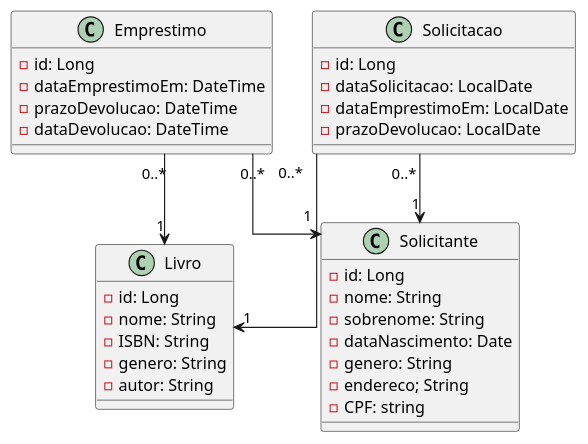
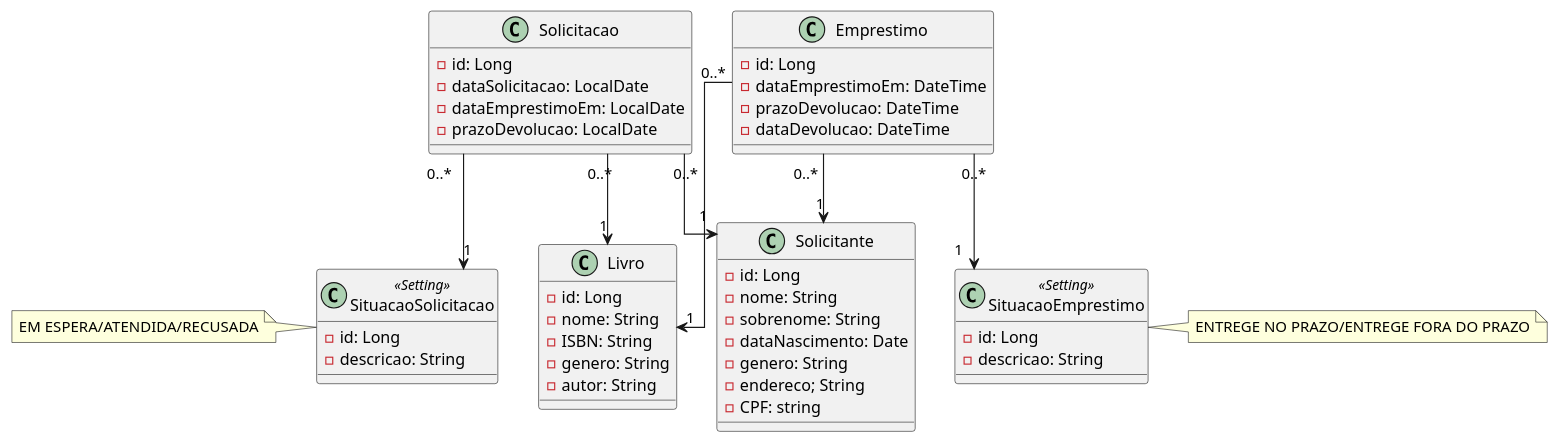
One commit to jeoliveira045/sistema-bibly-java changed the diagram in src/main/resources/domain.plantuml. Above: the diagram before and after it, drawn with PlantUML. The commit also changed 12 other files, not shown here.

```diff
--- a/src/main/resources/domain.plantuml
+++ b/src/main/resources/domain.plantuml
@@ -1,42 +1,75 @@
 @startuml
 
 skinparam linetype ortho
 top to bottom direction
 
     class Livro{
         - id: Long
         - nome: String
         - ISBN: String
         - genero: String
         - autor: String
     }
 
     class Emprestimo{
         - id: Long
         - dataEmprestimoEm: DateTime
         - prazoDevolucao: DateTime
         - dataDevolucao: DateTime
     }
 
     class Solicitante{
         - id: Long
         - nome: String
         - sobrenome: String
         - dataNascimento: Date
         - genero: String
         - endereco; String
         - CPF: string
     }
 
     class Solicitacao{
         - id: Long
         - dataSolicitacao: LocalDate
         - dataEmprestimoEm: LocalDate
         - prazoDevolucao: LocalDate
     }
 
+    class SituacaoSolicitacao<<Setting>>{
+        - id: Long
+        - descricao: String
+    }
+
+'    class SituacaoLivro<<Setting>>{
+'
+'        - id: Long
+'        - descricao: String
+'    }
+'
+'    class SituacaoSolicitante<<Setting>>{
+'        - id: Long
+'        - descricao: String
+'    }
+    class SituacaoEmprestimo<<Setting>>{
+        - id: Long
+        - descricao: String
+    }
+
+
+    note left of SituacaoSolicitacao : EM ESPERA/ATENDIDA/RECUSADA
+'    note right of SituacaoSolicitante : SEM PENDENCIA/PRECISA DEVOLVER
+'    note left of SituacaoLivro : EMPRESTADO/EM ESTOQUE
+    note right of SituacaoEmprestimo: ENTREGE NO PRAZO/ENTREGE FORA DO PRAZO
+
+
     Emprestimo "0..*"--> "1" Livro
     Emprestimo "0..*" --> "1" Solicitante
     Solicitacao "0..*" --> "1" Solicitante
     Solicitacao "0..*" --> "1" Livro
+    Solicitacao  "0..*" --> "1" SituacaoSolicitacao
+'    Solicitante "0..*" --> "1" SituacaoSolicitante
+'    Livro "0..*" --> "1" SituacaoLivro
+    Emprestimo "0..*" --> "1" SituacaoEmprestimo
+
+
 @enduml
```
